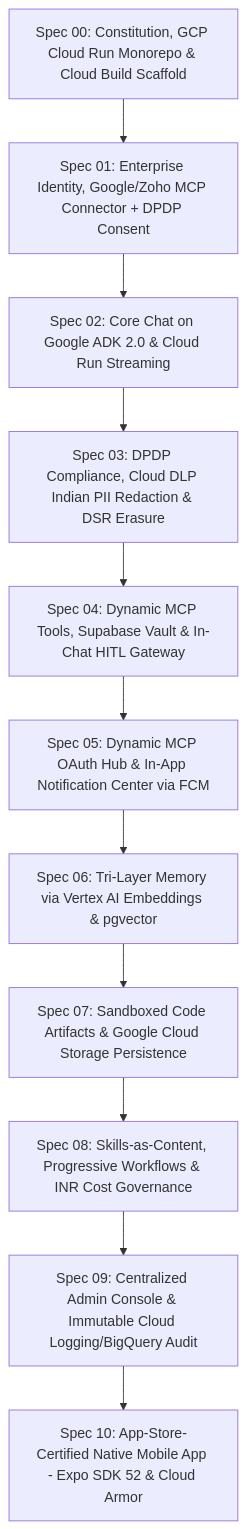
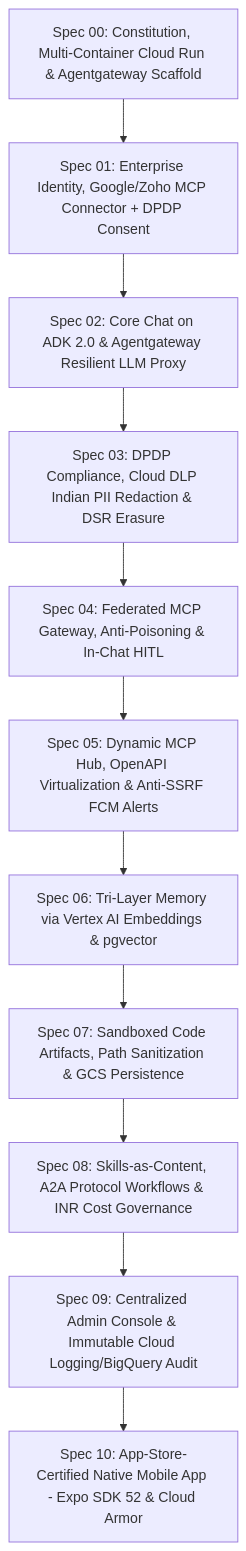
Before and after one commit to SagarMeisheri/workkbot: the diagram in gemini-specs/README.md, drawn with Mermaid. The commit also changed other lines of this file and 8 other files, not shown here.

````diff
--- a/gemini-specs/README.md
+++ b/gemini-specs/README.md
@@ -41,13 +46,13 @@
 ```mermaid
 graph TD
-    S00[Spec 00: Constitution, GCP Cloud Run Monorepo & Cloud Build Scaffold] --> S01[Spec 01: Enterprise Identity, Google/Zoho MCP Connector + DPDP Consent]
-    S01 --> S02[Spec 02: Core Chat on Google ADK 2.0 & Cloud Run Streaming]
+    S00[Spec 00: Constitution, Multi-Container Cloud Run & Agentgateway Scaffold] --> S01[Spec 01: Enterprise Identity, Google/Zoho MCP Connector + DPDP Consent]
+    S01 --> S02[Spec 02: Core Chat on ADK 2.0 & Agentgateway Resilient LLM Proxy]
     S02 --> S03[Spec 03: DPDP Compliance, Cloud DLP Indian PII Redaction & DSR Erasure]
-    S03 --> S04[Spec 04: Dynamic MCP Tools, Supabase Vault & In-Chat HITL Gateway]
-    S04 --> S05[Spec 05: Dynamic MCP OAuth Hub & In-App Notification Center via FCM]
+    S03 --> S04[Spec 04: Federated MCP Gateway, Anti-Poisoning & In-Chat HITL]
+    S04 --> S05[Spec 05: Dynamic MCP Hub, OpenAPI Virtualization & Anti-SSRF FCM Alerts]
     S05 --> S06[Spec 06: Tri-Layer Memory via Vertex AI Embeddings & pgvector]
-    S06 --> S07[Spec 07: Sandboxed Code Artifacts & Google Cloud Storage Persistence]
-    S07 --> S08[Spec 08: Skills-as-Content, Progressive Workflows & INR Cost Governance]
+    S06 --> S07[Spec 07: Sandboxed Code Artifacts, Path Sanitization & GCS Persistence]
+    S07 --> S08[Spec 08: Skills-as-Content, A2A Protocol Workflows & INR Cost Governance]
     S08 --> S09[Spec 09: Centralized Admin Console & Immutable Cloud Logging/BigQuery Audit]
     S09 --> S10[Spec 10: App-Store-Certified Native Mobile App - Expo SDK 52 & Cloud Armor]
 ```
````
